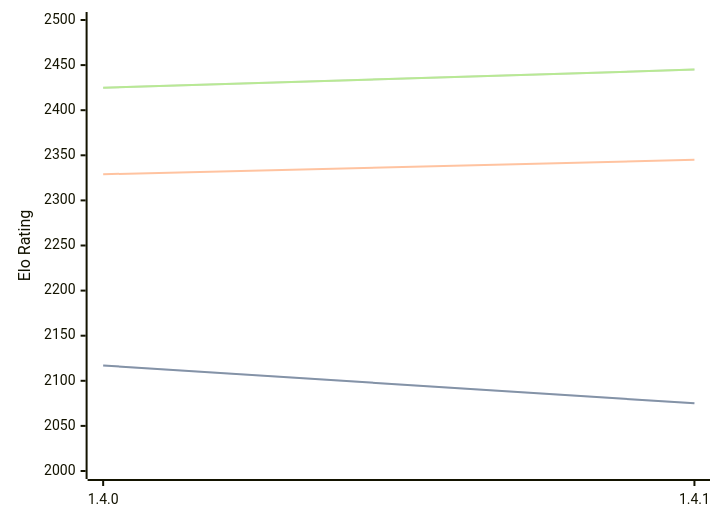
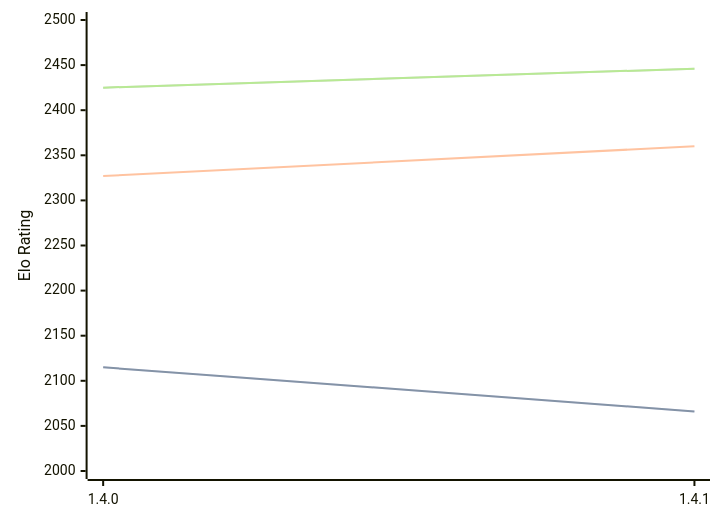
Before and after one commit to computer-chess-index/cci: the diagram in engines/Tofiks.md, drawn with Mermaid. The commit also changed other lines of this file, not shown here.

Commit message:
Update CCI Ratings (ELO VLTC) - 2026-04-16

````diff
--- a/engines/Tofiks.md
+++ b/engines/Tofiks.md
@@ -36,11 +36,11 @@
 ```mermaid
 %%{init: {"theme":"base","themeVariables":{"seriesColors:['#a3a3a3','#222221','#faa371']}}}%%
 xychart-beta
   x-axis ["1.4.0", "1.4.1"]
   y-axis "Elo Rating" 2000 --> 2500
-  line "STC (8.0+0.08s)" [2117, 2075]
-  line "STC (8.0+0.08s)" [2117, 2075]
-  line "LTC (60.0+0.60s)" [2329, 2345]
-  line "VLTC (2m24s+1.12s)" [2425, 2445]
-  line "VLTC (2m24s+1.12s)" [2425, 2445]
+  line "STC (8.0+0.08s)" [2115, 2066]
+  line "STC (8.0+0.08s)" [2115, 2066]
+  line "LTC (60.0+0.60s)" [2327, 2360]
+  line "VLTC (2m24s+1.12s)" [2425, 2446]
+  line "VLTC (2m24s+1.12s)" [2425, 2446]
 ```
````
